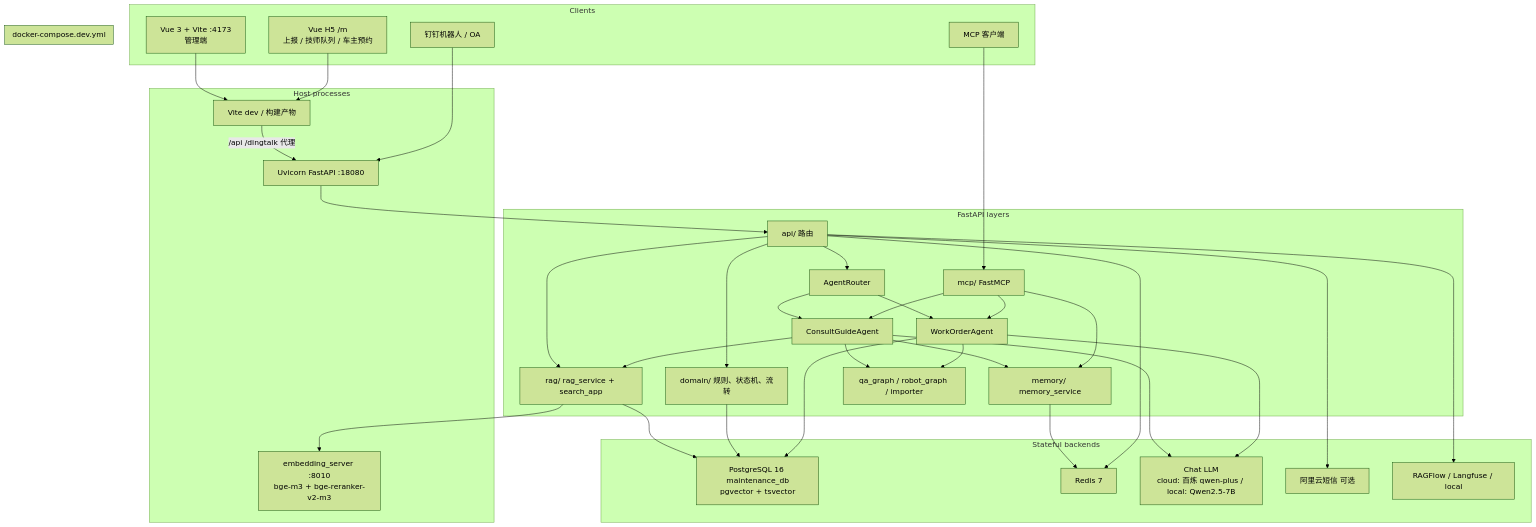
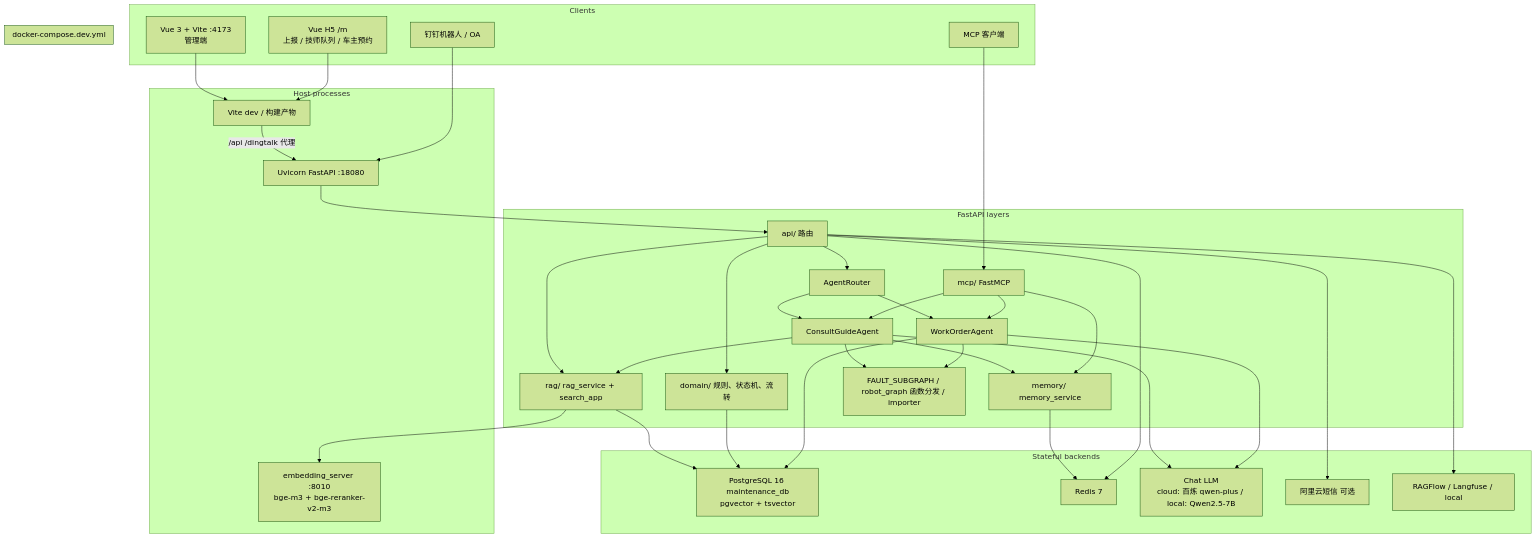
One commit to SHUN-EI/Car-Repair-System changed the first of 10 diagrams in docs/ARCHITECTURE.md. Above: the diagram before and after it, drawn with Mermaid (forest theme). The commit also changed other lines of this file and 15 other files, not shown here.

Commit message:
修改langgraph图

````diff
--- a/docs/ARCHITECTURE.md
+++ b/docs/ARCHITECTURE.md
@@ -42,69 +42,69 @@
 ```mermaid
 flowchart TB
     subgraph client [Clients]
         VuePC["Vue 3 + Vite :4173<br/>管理端"]
         VueM["Vue H5 /m<br/>上报 / 技师队列 / 车主预约"]
         DingTalk["钉钉机器人 / OA"]
         McpClient["MCP 客户端"]
     end
 
     subgraph host [Host processes]
         Vite["Vite dev / 构建产物"]
         Uvicorn["Uvicorn FastAPI :18080"]
         Emb["embedding_server :8010<br/>bge-m3 + bge-reranker-v2-m3"]
     end
 
     subgraph fastapi [FastAPI layers]
         API["api/ 路由"]
         Domain["domain/ 规则、状态机、流转"]
         Mem["memory/ memory_service"]
         RAG["rag/ rag_service + search_app"]
         Router["AgentRouter"]
         Consult["ConsultGuideAgent"]
         WOA["WorkOrderAgent"]
-        Graphs["qa_graph / robot_graph / importer"]
+        Graphs["FAULT_SUBGRAPH / robot_graph 函数分发 / importer"]
         MCP["mcp/ FastMCP"]
     end
 
     subgraph stores [Stateful backends]
         PG["PostgreSQL 16 maintenance_db<br/>pgvector + tsvector"]
         Redis["Redis 7"]
         ChatLLM["Chat LLM<br/>cloud: 百炼 qwen-plus / local: Qwen2.5-7B"]
         SMS["阿里云短信 可选"]
         Trace["RAGFlow / Langfuse / local"]
     end
 
     subgraph compose [docker-compose.dev.yml]
         PG
         Redis
     end
 
     VuePC --> Vite
     VueM --> Vite
     Vite -->|"/api /dingtalk 代理"| Uvicorn
     DingTalk --> Uvicorn
     McpClient --> MCP
     Uvicorn --> API
     API --> Domain
     API --> RAG
     API --> Router
     Router --> Consult
     Router --> WOA
     Consult --> Graphs
     Consult --> RAG
     Consult --> Mem
     WOA --> Graphs
     MCP --> Consult
     MCP --> WOA
     MCP --> Mem
     RAG --> Emb
     RAG --> PG
     Domain --> PG
     Mem --> Redis
     Consult --> ChatLLM
     WOA --> PG
     WOA --> ChatLLM
     API --> Redis
     API --> SMS
     API --> Trace
 ```
````
